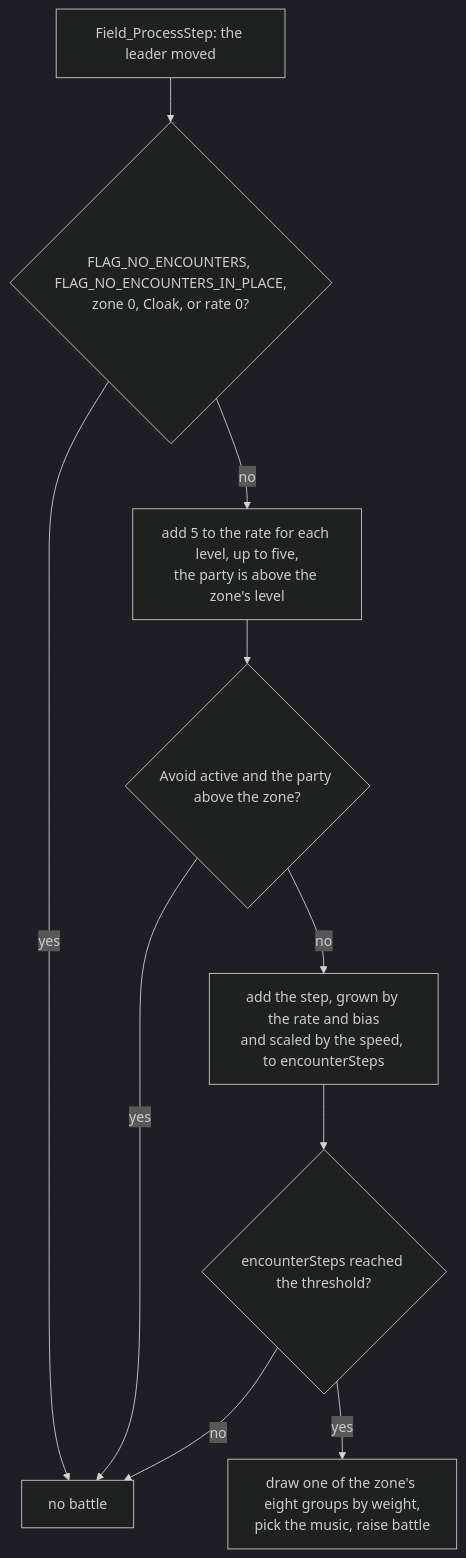
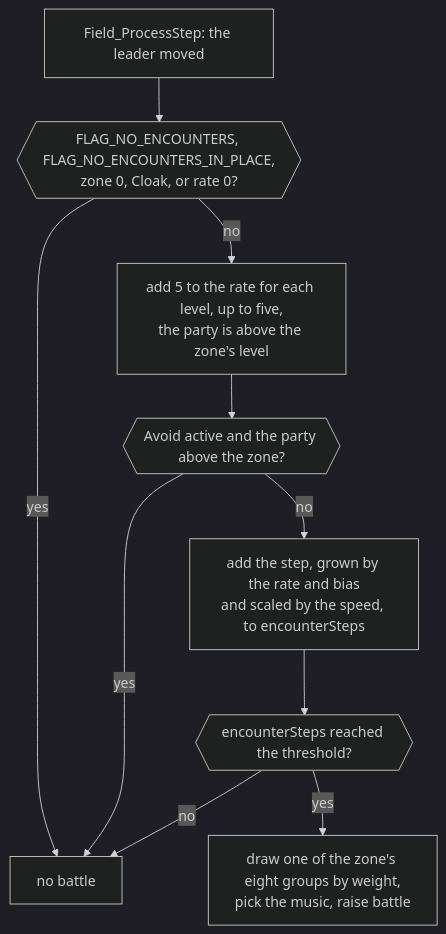
One commit to PascalPixel/alchemy changed the first of 2 diagrams in games/tbs/src/object/README.md. Above: the diagram before and after it, drawn with Mermaid (dark theme). The commit also changed 17 other files, not shown here.

First line of the commit message:
Docs: diagrams that draw on the site

````diff
--- a/games/tbs/src/object/README.md
+++ b/games/tbs/src/object/README.md
@@ -102,12 +102,12 @@
 ```mermaid
 flowchart TD
-    step["Field_ProcessStep: the leader moved"] --> off{"FLAG_NO_ENCOUNTERS, FLAG_NO_ENCOUNTERS_IN_PLACE,<br/>zone 0, Cloak, or rate 0?"}
+    step["Field_ProcessStep: the leader moved"] --> off{{"FLAG_NO_ENCOUNTERS, FLAG_NO_ENCOUNTERS_IN_PLACE,<br/>zone 0, Cloak, or rate 0?"}}
     off -->|yes| none["no battle"]
     off -->|no| rate["add 5 to the rate for each level, up to five,<br/>the party is above the zone's level"]
-    rate --> avoid{"Avoid active and the party above the zone?"}
+    rate --> avoid{{"Avoid active and the party above the zone?"}}
     avoid -->|yes| none
     avoid -->|no| add["add the step, grown by the rate and bias<br/>and scaled by the speed, to encounterSteps"]
-    add --> reached{"encounterSteps reached the threshold?"}
+    add --> reached{{"encounterSteps reached the threshold?"}}
     reached -->|no| none
     reached -->|yes| group["draw one of the zone's eight groups by weight,<br/>pick the music, raise battle"]
 ```
````
